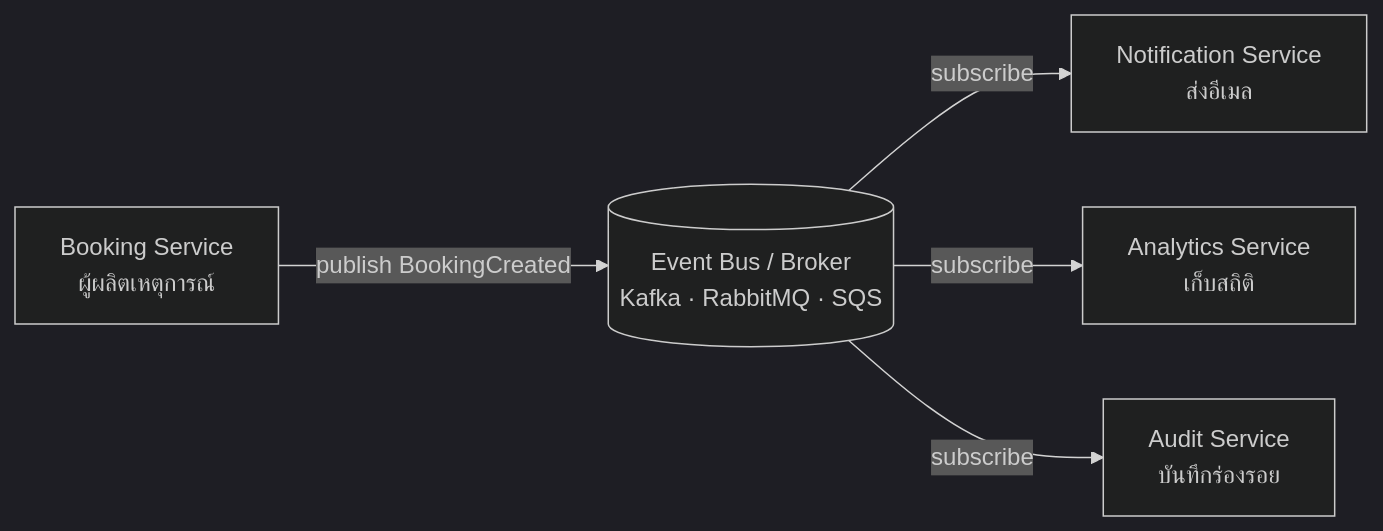
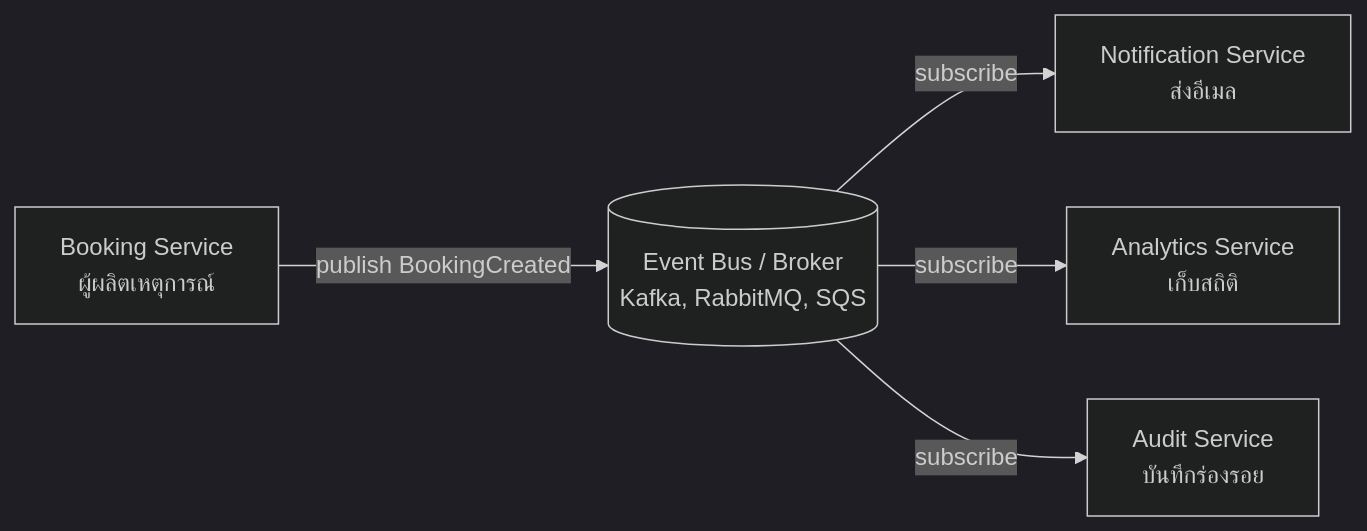
One commit to CE-SDPX/SDPX-AI changed diagram 16 of 25 in readings/04-system-architecture-design.md. Above: the diagram before and after it, drawn with Mermaid (dark theme). The commit also changed other lines of this file and 6 other files, not shown here.

````diff
--- a/readings/04-system-architecture-design.md
+++ b/readings/04-system-architecture-design.md
@@ -511,7 +510,7 @@
 ```mermaid
 flowchart LR
-    P1["Booking Service<br/>ผู้ผลิตเหตุการณ์"] -->|"publish BookingCreated"| BUS[("Event Bus / Broker<br/>Kafka · RabbitMQ · SQS")]
+    P1["Booking Service<br/>ผู้ผลิตเหตุการณ์"] -->|"publish BookingCreated"| BUS[("Event Bus / Broker<br/>Kafka, RabbitMQ, SQS")]
     BUS -->|"subscribe"| C1["Notification Service<br/>ส่งอีเมล"]
     BUS -->|"subscribe"| C2["Analytics Service<br/>เก็บสถิติ"]
     BUS -->|"subscribe"| C3["Audit Service<br/>บันทึกร่องรอย"]
 ```
````
